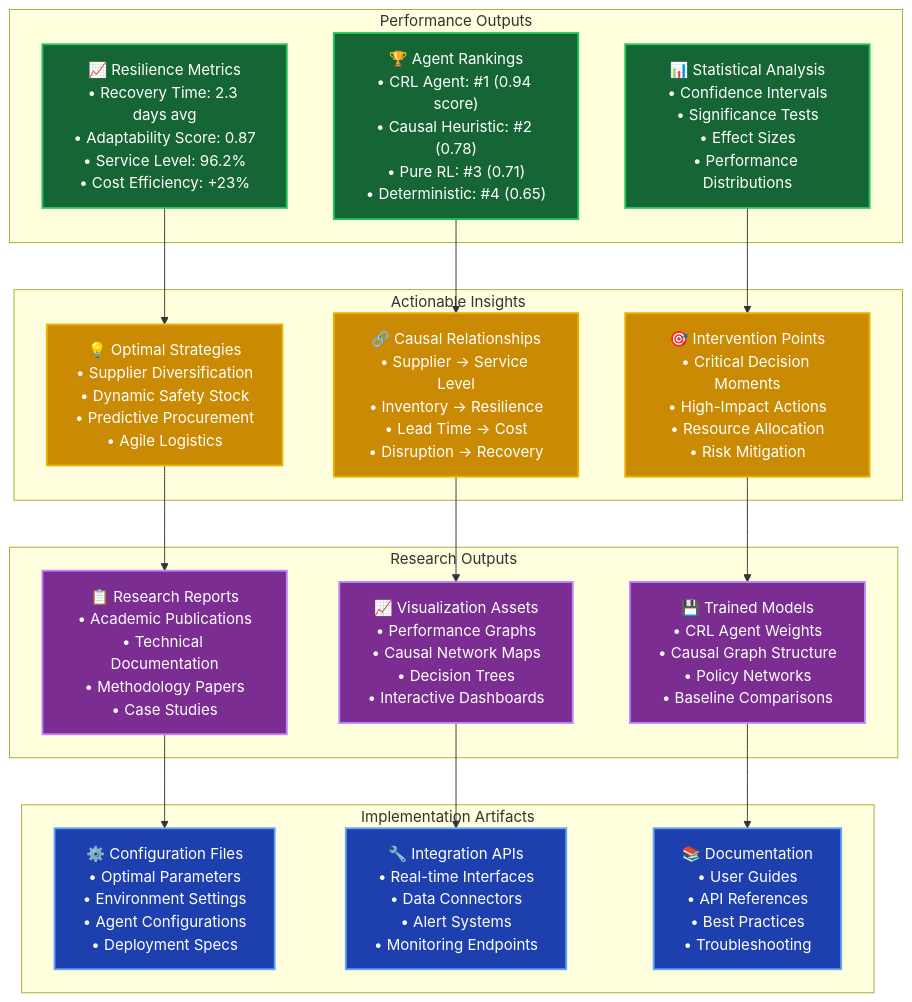
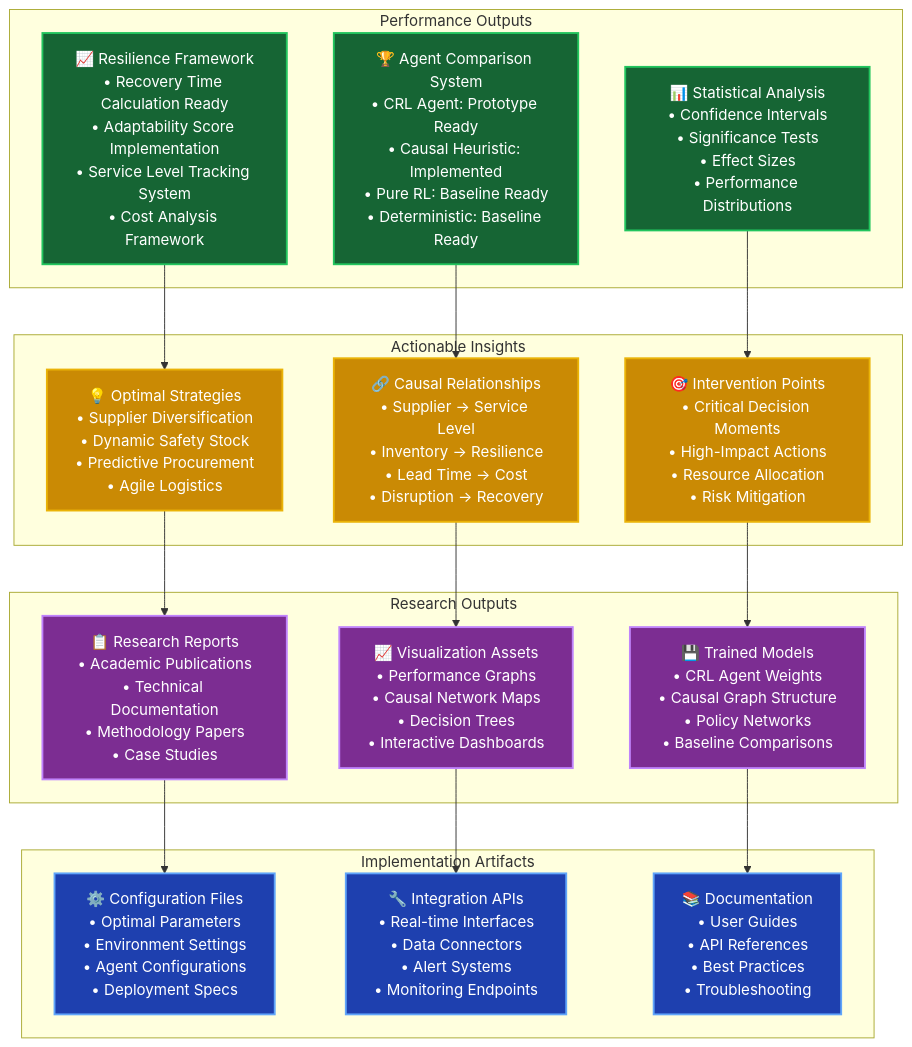
The fourth of 8 diagrams in README.md (abhijit-ubale/JBL_stuff), drawn with Mermaid before and after one commit. The commit also changed other lines of this file and 7 other files, not shown here.

````diff
--- a/README.md
+++ b/README.md
@@ -693,48 +696,48 @@
 ```mermaid
 graph TB
     subgraph "Performance Outputs"
-        P1["📈 Resilience Metrics<br/>• Recovery Time: 2.3 days avg<br/>• Adaptability Score: 0.87<br/>• Service Level: 96.2%<br/>• Cost Efficiency: +23%"]
-        P2["🏆 Agent Rankings<br/>• CRL Agent: #1 (0.94 score)<br/>• Causal Heuristic: #2 (0.78)<br/>• Pure RL: #3 (0.71)<br/>• Deterministic: #4 (0.65)"]
+        P1["📈 Resilience Framework<br/>• Recovery Time Calculation Ready<br/>• Adaptability Score Implementation<br/>• Service Level Tracking System<br/>• Cost Analysis Framework"]
+        P2["🏆 Agent Comparison System<br/>• CRL Agent: Prototype Ready<br/>• Causal Heuristic: Implemented<br/>• Pure RL: Baseline Ready<br/>• Deterministic: Baseline Ready"]
         P3["📊 Statistical Analysis<br/>• Confidence Intervals<br/>• Significance Tests<br/>• Effect Sizes<br/>• Performance Distributions"]
     end
     
     subgraph "Actionable Insights"
         I1["💡 Optimal Strategies<br/>• Supplier Diversification<br/>• Dynamic Safety Stock<br/>• Predictive Procurement<br/>• Agile Logistics"]
         I2["🔗 Causal Relationships<br/>• Supplier → Service Level<br/>• Inventory → Resilience<br/>• Lead Time → Cost<br/>• Disruption → Recovery"]
         I3["🎯 Intervention Points<br/>• Critical Decision Moments<br/>• High-Impact Actions<br/>• Resource Allocation<br/>• Risk Mitigation"]
     end
     
     subgraph "Research Outputs"
         R1["📋 Research Reports<br/>• Academic Publications<br/>• Technical Documentation<br/>• Methodology Papers<br/>• Case Studies"]
         R2["📈 Visualization Assets<br/>• Performance Graphs<br/>• Causal Network Maps<br/>• Decision Trees<br/>• Interactive Dashboards"]
         R3["💾 Trained Models<br/>• CRL Agent Weights<br/>• Causal Graph Structure<br/>• Policy Networks<br/>• Baseline Comparisons"]
     end
     
     subgraph "Implementation Artifacts"
         A1["⚙️ Configuration Files<br/>• Optimal Parameters<br/>• Environment Settings<br/>• Agent Configurations<br/>• Deployment Specs"]
         A2["🔧 Integration APIs<br/>• Real-time Interfaces<br/>• Data Connectors<br/>• Alert Systems<br/>• Monitoring Endpoints"]
         A3["📚 Documentation<br/>• User Guides<br/>• API References<br/>• Best Practices<br/>• Troubleshooting"]
     end
     
     P1 --> I1
     P2 --> I2
     P3 --> I3
     
     I1 --> R1
     I2 --> R2
     I3 --> R3
     
     R1 --> A1
     R2 --> A2
     R3 --> A3
     
     classDef performance fill:#166534,stroke:#22c55e,stroke-width:2px,color:#ffffff
     classDef insights fill:#ca8a04,stroke:#eab308,stroke-width:2px,color:#ffffff
     classDef research fill:#7c2d92,stroke:#c084fc,stroke-width:2px,color:#ffffff
     classDef implementation fill:#1e40af,stroke:#60a5fa,stroke-width:2px,color:#ffffff
     
     class P1,P2,P3 performance
     class I1,I2,I3 insights
     class R1,R2,R3 research
     class A1,A2,A3 implementation
 ```
````
